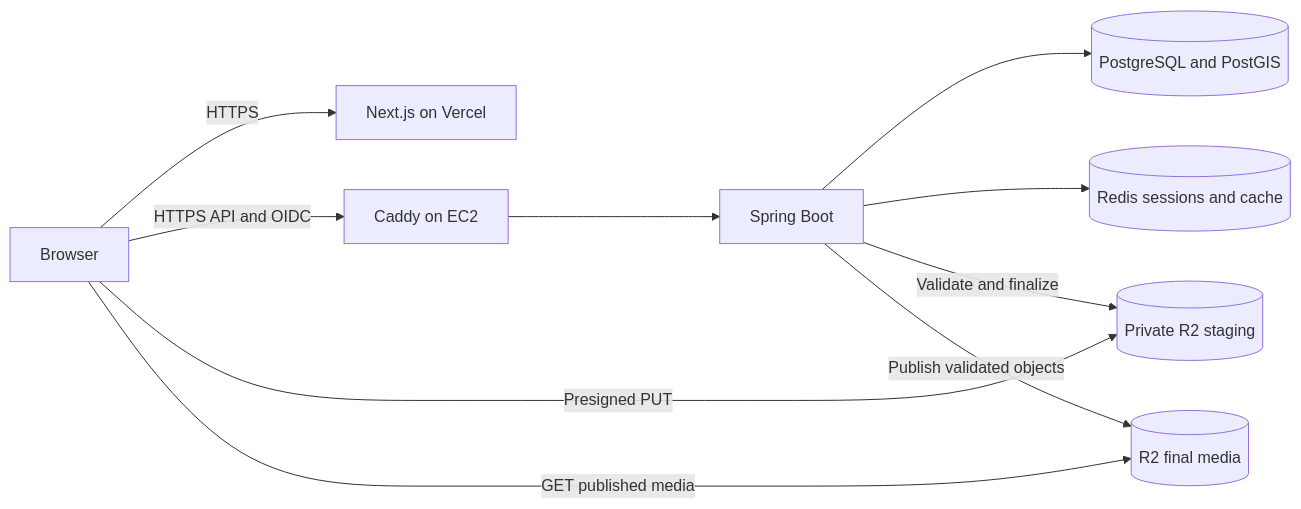
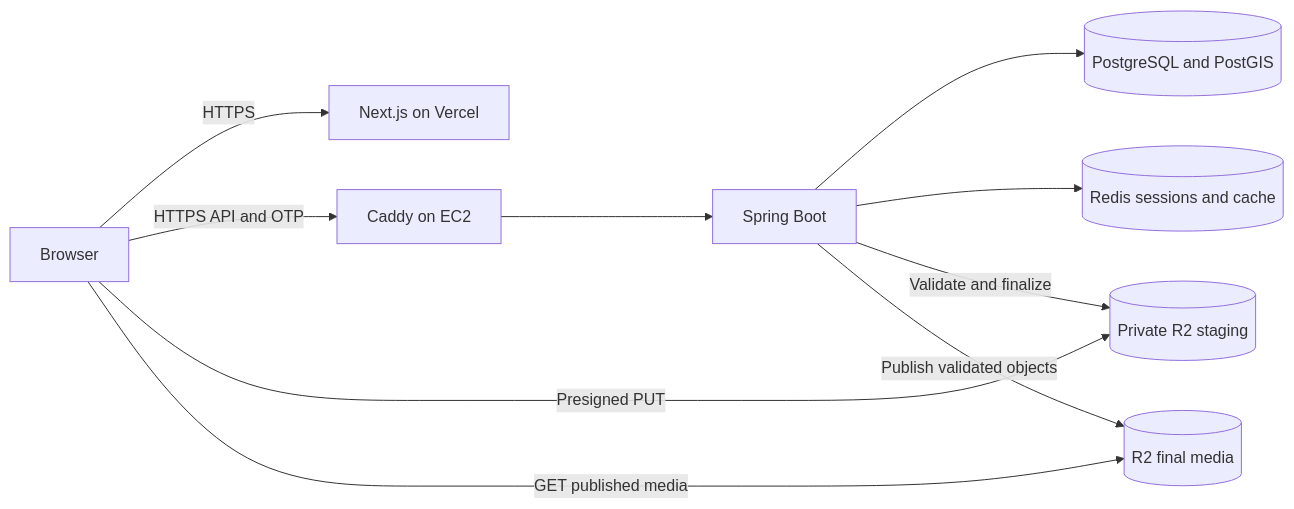
Before and after one commit to Vishveshwara/opennest: the diagram in docs/DEPLOYMENT_STACK.md, drawn with Mermaid. The commit also changed other lines of this file and 63 other files, not shown here.

````diff
--- a/docs/DEPLOYMENT_STACK.md
+++ b/docs/DEPLOYMENT_STACK.md
@@ -56,12 +56,12 @@
 ```mermaid
 flowchart LR
     Browser -->|HTTPS| Frontend[Next.js on Vercel]
-    Browser -->|HTTPS API and OIDC| Caddy[Caddy on EC2]
+    Browser -->|HTTPS API and OTP| Caddy[Caddy on EC2]
     Caddy --> Backend[Spring Boot]
     Backend --> DB[(PostgreSQL and PostGIS)]
     Backend --> Sessions[(Redis sessions and cache)]
     Browser -->|Presigned PUT| Staging[(Private R2 staging)]
     Backend -->|Validate and finalize| Staging
     Backend -->|Publish validated objects| Media[(R2 final media)]
     Browser -->|GET published media| Media
 ```
````
